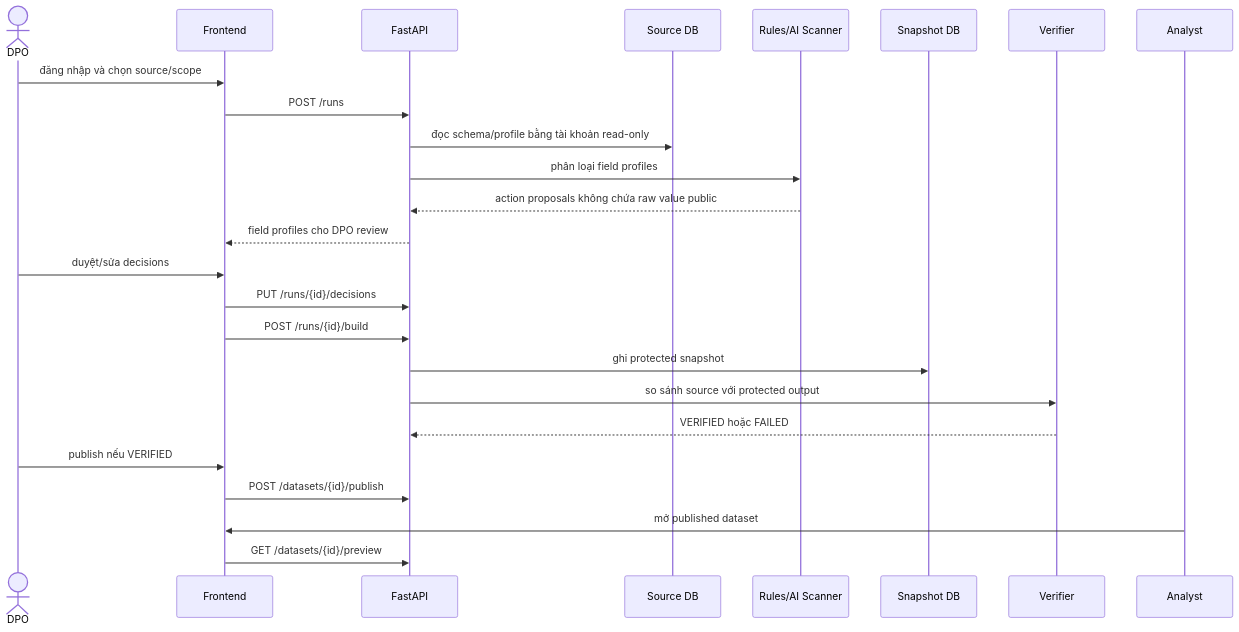
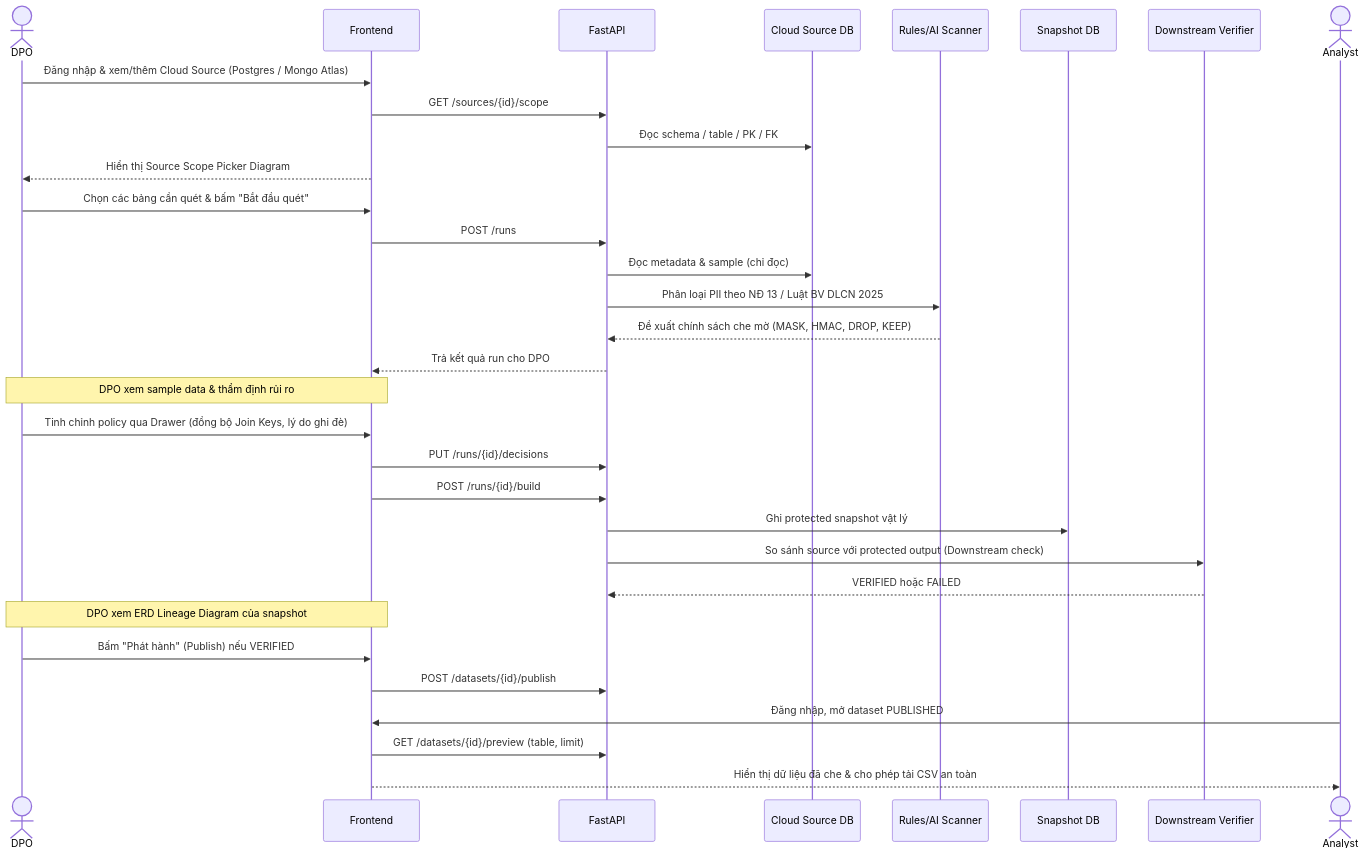
One commit to tlong1610/PII_Masking changed the second of 2 diagrams in ARCHITECTURE.md. Above: the diagram before and after it, drawn with Mermaid. The commit also changed other lines of this file and 38 other files, not shown here.

````diff
--- a/ARCHITECTURE.md
+++ b/ARCHITECTURE.md
@@ -108,28 +112,35 @@
 ```mermaid
 sequenceDiagram
     actor DPO
     participant FE as Frontend
     participant API as FastAPI
-    participant SRC as Source DB
+    participant SRC as Cloud Source DB
     participant DET as Rules/AI Scanner
     participant OUT as Snapshot DB
-    participant VER as Verifier
-    participant ANA as Analyst
+    participant VER as Downstream Verifier
+    actor ANA as Analyst
 
-    DPO->>FE: đăng nhập và chọn source/scope
+    DPO->>FE: Đăng nhập & xem/thêm Cloud Source (Postgres / Mongo Atlas)
+    FE->>API: GET /sources/{id}/scope
+    API->>SRC: Đọc schema / table / PK / FK
+    FE-->>DPO: Hiển thị Source Scope Picker Diagram
+    DPO->>FE: Chọn các bảng cần quét & bấm "Bắt đầu quét"
     FE->>API: POST /runs
-    API->>SRC: đọc schema/profile bằng tài khoản read-only
-    API->>DET: phân loại field profiles
-    DET-->>API: action proposals không chứa raw value public
-    API-->>FE: field profiles cho DPO review
-    DPO->>FE: duyệt/sửa decisions
+    API->>SRC: Đọc metadata & sample (chỉ đọc)
+    API->>DET: Phân loại PII theo NĐ 13 / Luật BV DLCN 2025
+    DET-->>API: Đề xuất chính sách che mờ (MASK, HMAC, DROP, KEEP)
+    API-->>FE: Trả kết quả run cho DPO
+    Note over DPO,FE: DPO xem sample data & thẩm định rủi ro
+    DPO->>FE: Tinh chỉnh policy qua Drawer (đồng bộ Join Keys, lý do ghi đè)
     FE->>API: PUT /runs/{id}/decisions
     FE->>API: POST /runs/{id}/build
-    API->>OUT: ghi protected snapshot
-    API->>VER: so sánh source với protected output
+    API->>OUT: Ghi protected snapshot vật lý
+    API->>VER: So sánh source với protected output (Downstream check)
     VER-->>API: VERIFIED hoặc FAILED
-    DPO->>FE: publish nếu VERIFIED
+    Note over DPO,FE: DPO xem ERD Lineage Diagram của snapshot
+    DPO->>FE: Bấm "Phát hành" (Publish) nếu VERIFIED
     FE->>API: POST /datasets/{id}/publish
-    ANA->>FE: mở published dataset
-    FE->>API: GET /datasets/{id}/preview
+    ANA->>FE: Đăng nhập, mở dataset PUBLISHED
+    FE->>API: GET /datasets/{id}/preview (table, limit)
+    FE-->>ANA: Hiển thị dữ liệu đã che & cho phép tải CSV an toàn
 ```
````
